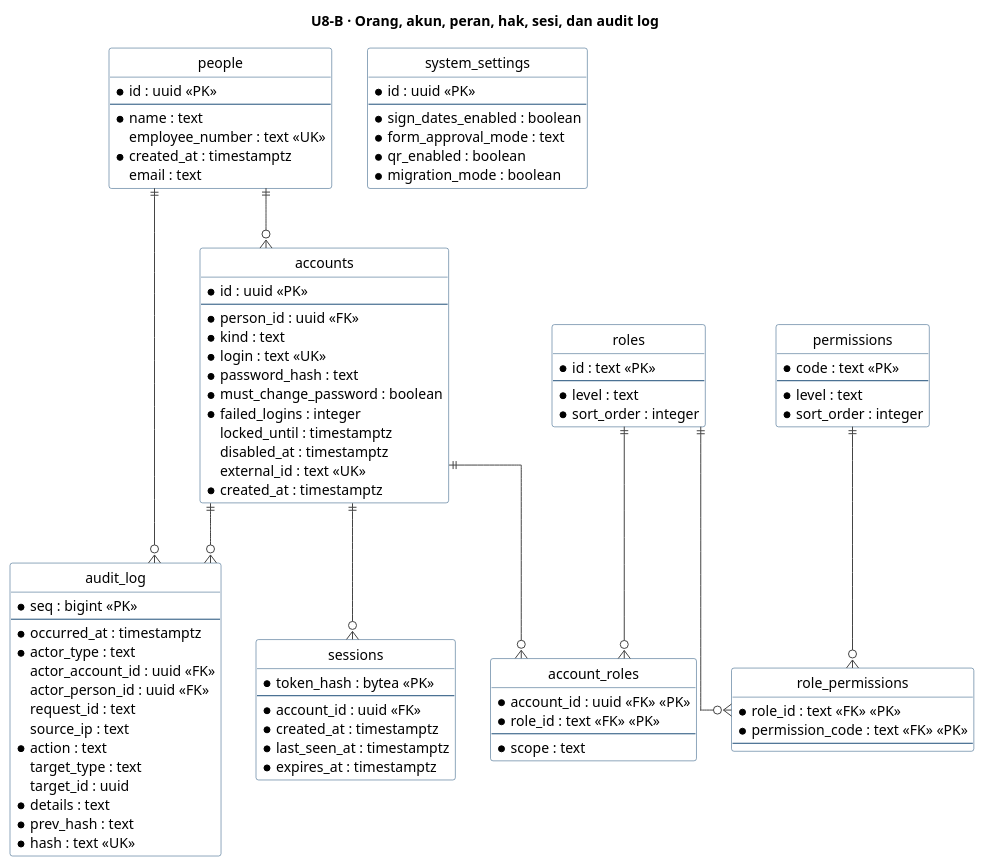
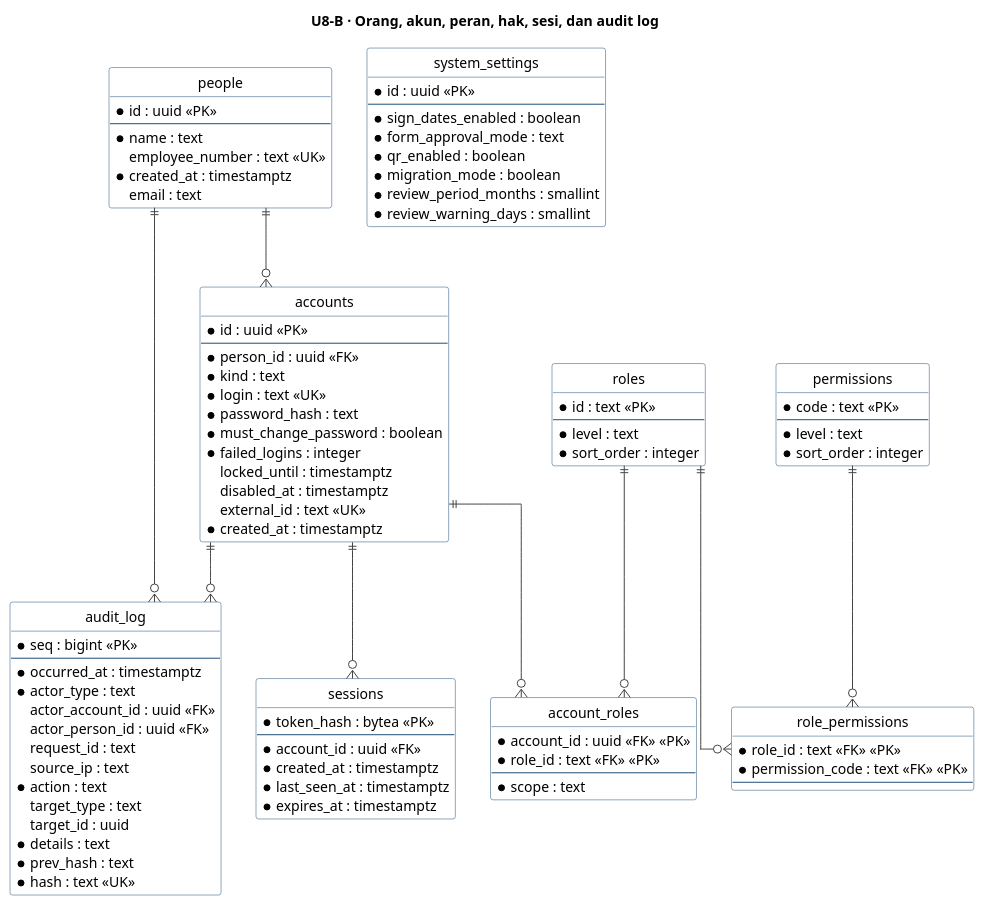
Before and after one commit to dkpauzi/revioten: the second of 10 diagrams in docs/uml/U8-erd.puml, drawn with PlantUML. The commit also changed other lines of this file and 98 other files, not shown here.

```diff
--- a/docs/uml/U8-erd.puml
+++ b/docs/uml/U8-erd.puml
@@ -120,107 +120,109 @@
 @startuml U8-B-akses-dan-audit
 hide circle
 hide empty members
 skinparam linetype ortho
 skinparam shadowing false
 skinparam ArrowColor #444444
 skinparam ClassBorderColor #1F4E79
 skinparam ClassBackgroundColor #FFFFFF
 
 title U8-B · Orang, akun, peran, hak, sesi, dan audit log
 
 entity "people" as people {
   * id : uuid <<PK>>
   --
   * name : text
   employee_number : text <<UK>>
   * created_at : timestamptz
   email : text
 }
 
 entity "accounts" as accounts {
   * id : uuid <<PK>>
   --
   * person_id : uuid <<FK>>
   * kind : text
   * login : text <<UK>>
   * password_hash : text
   * must_change_password : boolean
   * failed_logins : integer
   locked_until : timestamptz
   disabled_at : timestamptz
   external_id : text <<UK>>
   * created_at : timestamptz
 }
 
 entity "sessions" as sessions {
   * token_hash : bytea <<PK>>
   --
   * account_id : uuid <<FK>>
   * created_at : timestamptz
   * last_seen_at : timestamptz
   * expires_at : timestamptz
 }
 
 entity "roles" as roles {
   * id : text <<PK>>
   --
   * level : text
   * sort_order : integer
 }
 
 entity "permissions" as permissions {
   * code : text <<PK>>
   --
   * level : text
   * sort_order : integer
 }
 
 entity "role_permissions" as role_permissions {
   * role_id : text <<FK>> <<PK>>
   * permission_code : text <<FK>> <<PK>>
   --
 }
 
 entity "account_roles" as account_roles {
   * account_id : uuid <<FK>> <<PK>>
   * role_id : text <<FK>> <<PK>>
   --
   * scope : text
 }
 
 entity "audit_log" as audit_log {
   * seq : bigint <<PK>>
   --
   * occurred_at : timestamptz
   * actor_type : text
   actor_account_id : uuid <<FK>>
   actor_person_id : uuid <<FK>>
   request_id : text
   source_ip : text
   * action : text
   target_type : text
   target_id : uuid
   * details : text
   * prev_hash : text
   * hash : text <<UK>>
 }
 
 entity "system_settings" as system_settings {
   * id : uuid <<PK>>
   --
   * sign_dates_enabled : boolean
   * form_approval_mode : text
   * qr_enabled : boolean
   * migration_mode : boolean
+  * review_period_months : smallint
+  * review_warning_days : smallint
 }
 
 accounts ||--o{ account_roles
 roles ||--o{ account_roles
 people ||--o{ accounts
 accounts ||--o{ audit_log
 people ||--o{ audit_log
 permissions ||--o{ role_permissions
 roles ||--o{ role_permissions
 accounts ||--o{ sessions
 
 @enduml
```
